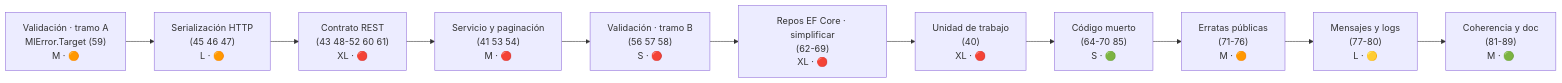
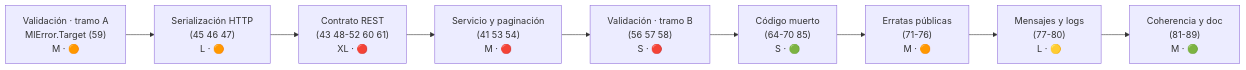
Before and after one commit to moraleslarios/FOOP: the diagram in src/docs_next/Next_Versions/2.0.0/Pendientes/README.md, drawn with Mermaid. The commit also changed other lines of this file and 57 other files, not shown here.

First line of the commit message:
feat(efcore)!: completar la unidad de trabajo (US-01..US-11)

````diff
--- a/src/docs_next/Next_Versions/2.0.0/Pendientes/README.md
+++ b/src/docs_next/Next_Versions/2.0.0/Pendientes/README.md
@@ -87,13 +70,11 @@
 ```mermaid
 graph LR
     V1["Validación · tramo A<br/>MlError.Target (59)<br/>M · 🟠"] --> H["Serialización HTTP<br/>(45 46 47)<br/>L · 🟠"]
     H  --> R["Contrato REST<br/>(43 48-52 60 61)<br/>XL · 🔴"]
     R  --> A["Servicio y paginación<br/>(41 53 54)<br/>M · 🔴"]
     A  --> V2["Validación · tramo B<br/>(56 57 58)<br/>S · 🔴"]
-    V2 --> SR["Repos EF Core · simplificar<br/>(62-69)<br/>XL · 🔴"]
-    SR --> UOW["Unidad de trabajo<br/>(40)<br/>XL · 🔴"]
-    UOW --> DM["Código muerto<br/>(64-70 85)<br/>S · 🟢"]
+    V2 --> DM["Código muerto<br/>(64-70 85)<br/>S · 🟢"]
     DM --> ER["Erratas públicas<br/>(71-76)<br/>M · 🟠"]
     ER --> MS["Mensajes y logs<br/>(77-80)<br/>L · 🟡"]
     MS --> CO["Coherencia y doc<br/>(81-89)<br/>M · 🟢"]
 ```
````
